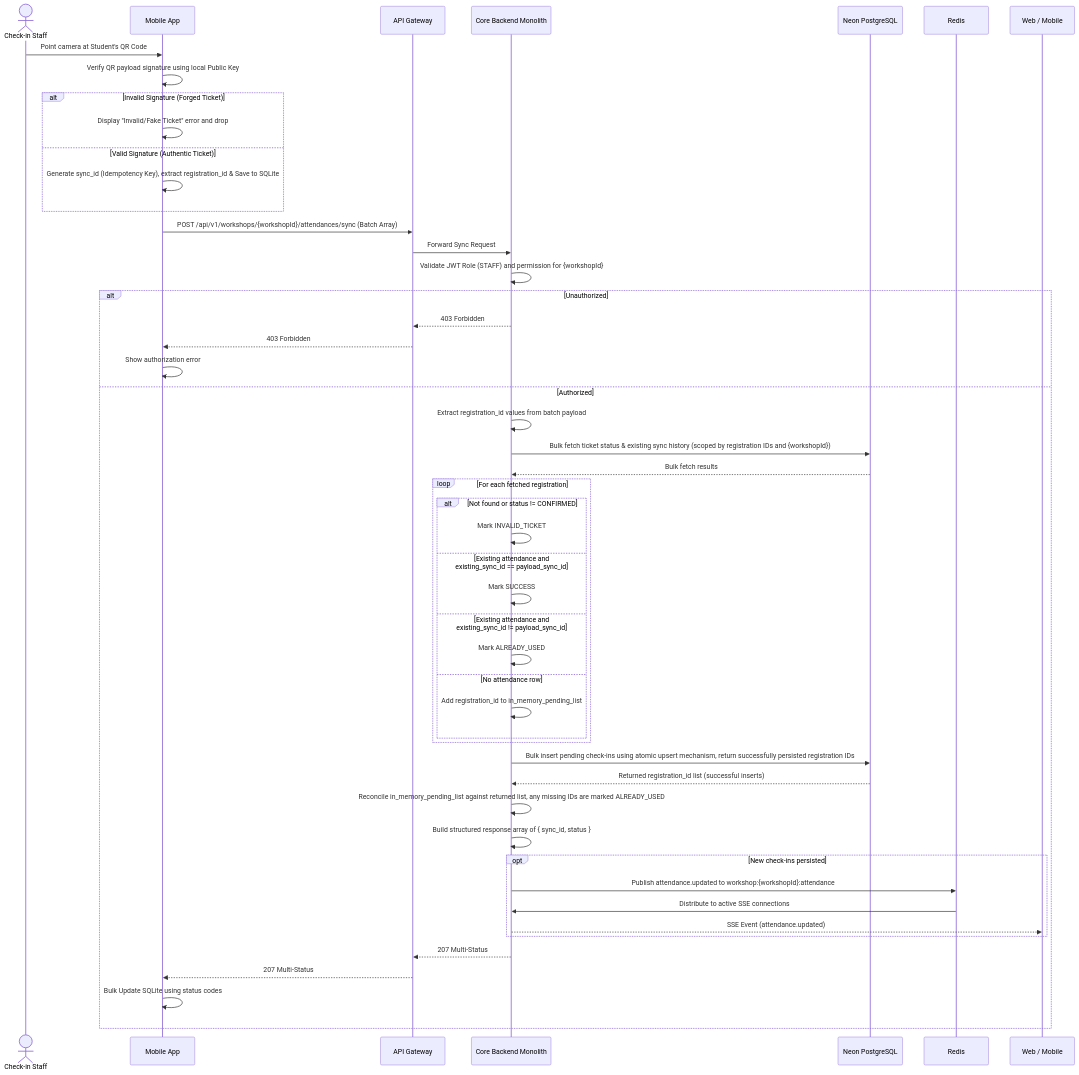
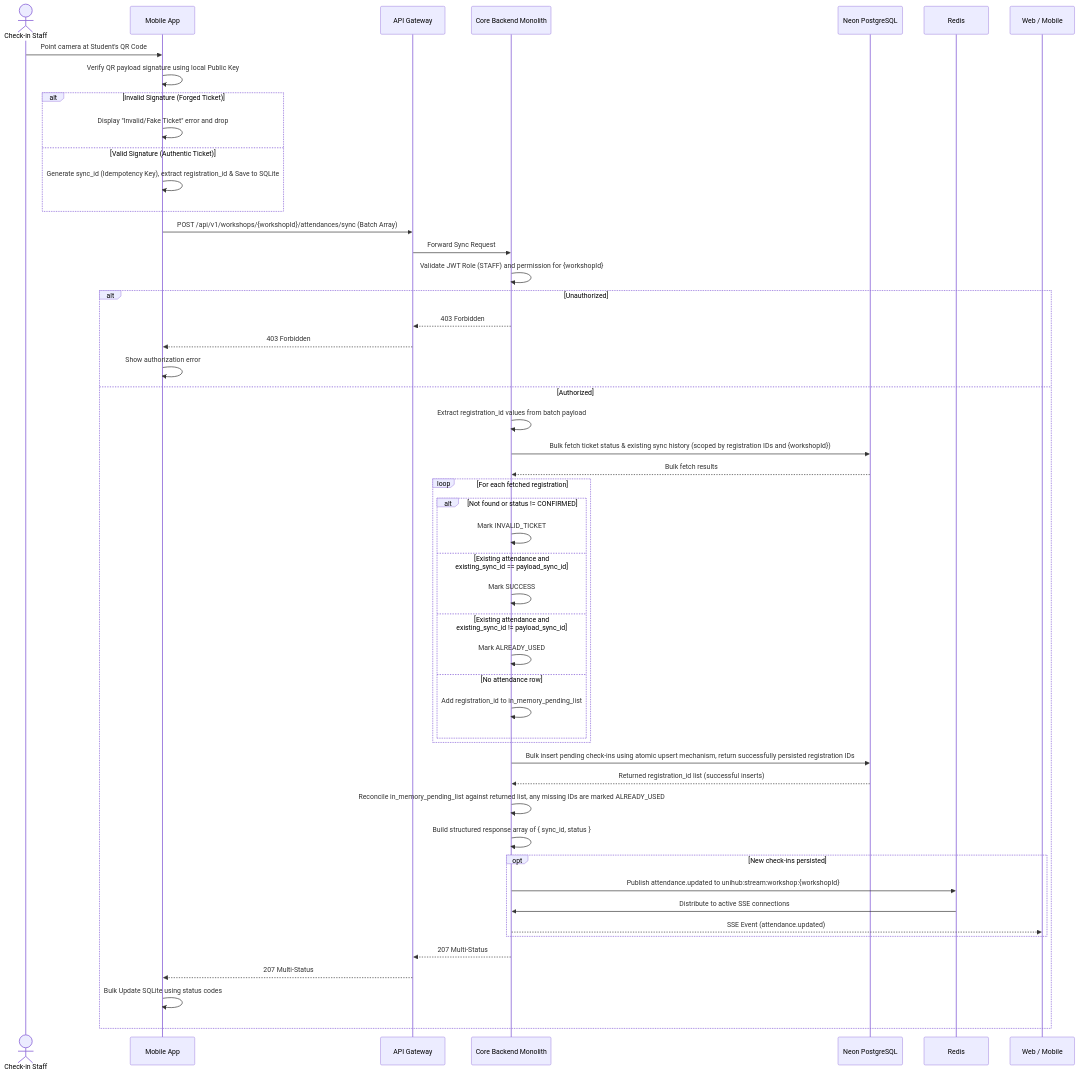
The fifth of 14 diagrams in docs/system-design.md (phatnguyen975/unihub-workshop), drawn with Mermaid before and after one commit. The commit also changed other lines of this file and 15 other files, not shown here.

````diff
--- a/docs/system-design.md
+++ b/docs/system-design.md
@@ -567,51 +567,51 @@
 ```mermaid
 sequenceDiagram
   actor Staff as Check-in Staff
   participant Mobile as Mobile App
   participant GW as API Gateway
   participant API as Core Backend Monolith
   participant DB as Neon PostgreSQL
 
   Staff->>Mobile: Point camera at Student's QR Code
   Mobile->>Mobile: Verify QR payload signature using local Public Key
   alt Invalid Signature (Forged Ticket)
     Mobile->>Mobile: Display "Invalid/Fake Ticket" error and drop
   else Valid Signature (Authentic Ticket)
     Mobile->>Mobile: Generate sync_id (Idempotency Key), extract registration_id & Save to SQLite
   end
   Mobile->>GW: POST /api/v1/workshops/{workshopId}/attendances/sync (Batch Array)
   GW->>API: Forward Sync Request
   API->>API: Validate JWT Role (STAFF) and permission for {workshopId}
   alt Unauthorized
     API-->>GW: 403 Forbidden
     GW-->>Mobile: 403 Forbidden
     Mobile->>Mobile: Show authorization error
   else Authorized
     API->>API: Extract registration_id values from batch payload
     API->>DB: Bulk fetch ticket status & existing sync history (scoped by registration IDs and {workshopId})
     DB-->>API: Bulk fetch results
     loop For each fetched registration
       alt Not found or status != CONFIRMED
         API->>API: Mark INVALID_TICKET
       else Existing attendance and existing_sync_id == payload_sync_id
         API->>API: Mark SUCCESS
       else Existing attendance and existing_sync_id != payload_sync_id
         API->>API: Mark ALREADY_USED
       else No attendance row
         API->>API: Add registration_id to in_memory_pending_list
       end
     end
     API->>DB: Bulk insert pending check-ins using atomic upsert mechanism, return successfully persisted registration IDs
     DB-->>API: Returned registration_id list (successful inserts)
     API->>API: Reconcile in_memory_pending_list against returned list, any missing IDs are marked ALREADY_USED
     API->>API: Build structured response array of { sync_id, status }
     opt New check-ins persisted
-      API->>Redis: Publish attendance.updated to workshop:{workshopId}:attendance
+      API->>Redis: Publish attendance.updated to unihub:stream:workshop:{workshopId}
       Redis->>API: Distribute to active SSE connections
       API-->>Web / Mobile: SSE Event (attendance.updated)
     end
     API-->>GW: 207 Multi-Status
     GW-->>Mobile: 207 Multi-Status
     Mobile->>Mobile: Bulk Update SQLite using status codes
   end
 ```
````
